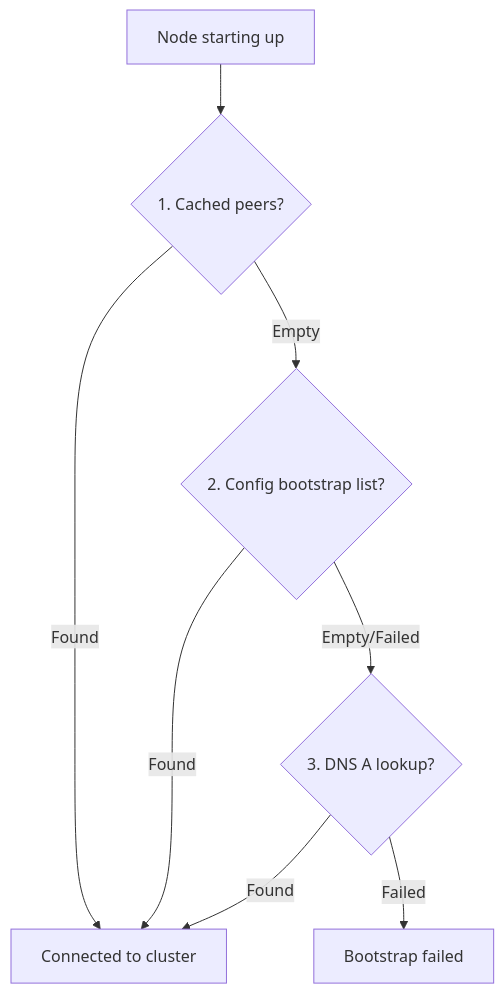
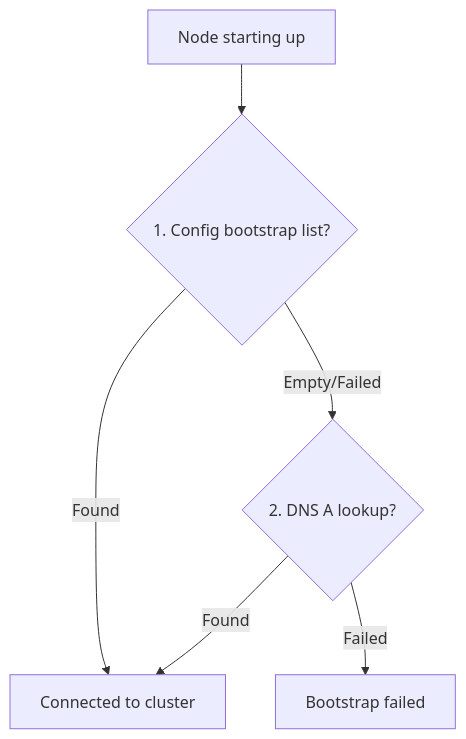
Before and after one commit to inferadb/ledger: the ninth of 12 diagrams in DESIGN.md, drawn with Mermaid. The commit also changed other lines of this file and 1 other file, not shown here.

````diff
--- a/DESIGN.md
+++ b/DESIGN.md
@@ -2349,17 +2337,14 @@
 ```mermaid
 flowchart TD
     start["Node starting up"]
-    cached{"1. Cached peers?"}
-    config{"2. Config bootstrap list?"}
-    dns{"3. DNS A lookup?"}
+    config{"1. Config bootstrap list?"}
+    dns{"2. DNS A lookup?"}
     connected["Connected to cluster"]
     failed["Bootstrap failed"]
 
-    start --> cached
-    cached -->|Found| connected
-    cached -->|Empty| config
+    start --> config
     config -->|Found| connected
     config -->|Empty/Failed| dns
     dns -->|Found| connected
     dns -->|Failed| failed
 ```
````
